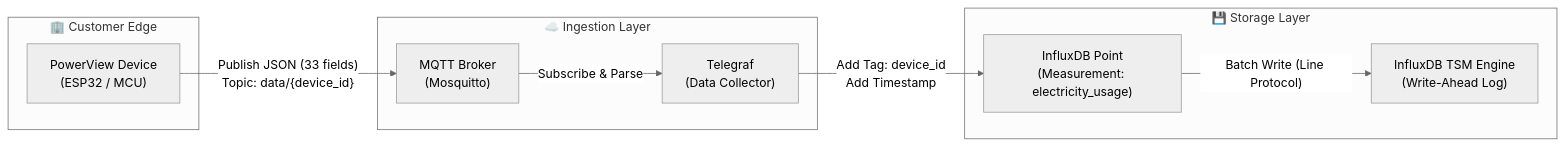
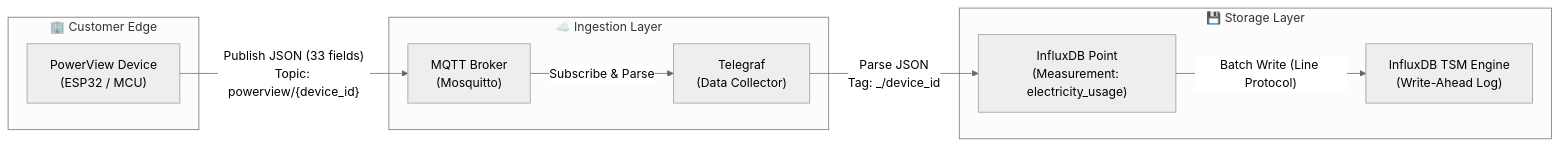
Before and after one commit to u65042380107/share: the third of 30 diagrams in BILLING_AND_TIERS_SYSTEM.md, drawn with Mermaid (neutral theme). The commit also changed other lines of this file, not shown here.

````diff
--- a/BILLING_AND_TIERS_SYSTEM.md
+++ b/BILLING_AND_TIERS_SYSTEM.md
@@ -139,21 +139,21 @@
 ```mermaid
 flowchart LR
     subgraph Edge ["🏢 Customer Edge"]
         HW["PowerView Device<br/>(ESP32 / MCU)"]
     end
     
     subgraph Ingestion ["☁️ Ingestion Layer"]
         MQTT["MQTT Broker<br/>(Mosquitto)"]
         GW["Telegraf<br/>(Data Collector)"]
     end
     
     subgraph Storage ["💾 Storage Layer"]
         Point["InfluxDB Point<br/>(Measurement: electricity_usage)"]
         Influx["InfluxDB TSM Engine<br/>(Write-Ahead Log)"]
     end
 
-    HW -- "Publish JSON (33 fields)<br/>Topic: data/{device_id}" --> MQTT
+    HW -- "Publish JSON (33 fields)<br/>Topic: powerview/{device_id}" --> MQTT
     MQTT -- "Subscribe & Parse" --> GW
-    GW -- "Add Tag: device_id<br/>Add Timestamp" --> Point
+    GW -- "Parse JSON<br/>Tag: _/device_id" --> Point
     Point -- "Batch Write (Line Protocol)" --> Influx
 ```
````
